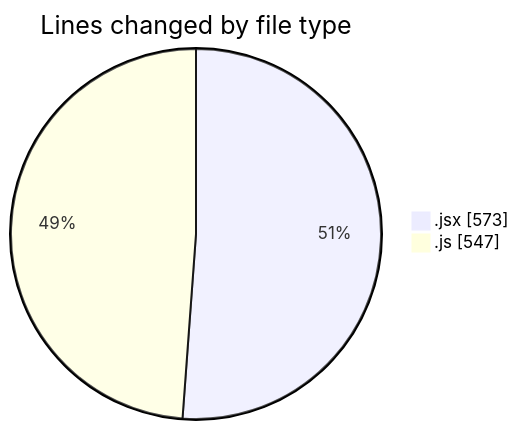
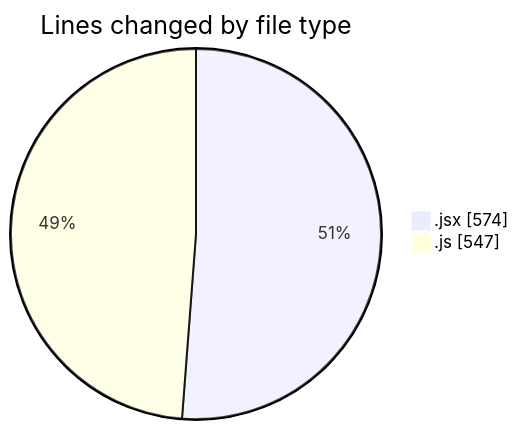
Before and after one commit to nxtqubesakshisongat/code-tracking: the first of 2 diagrams in 2025-06-05/nxtqube_webapp/README.md, drawn with Mermaid. The commit also changed other lines of this file and 1 other file, not shown here.

````diff
--- a/2025-06-05/nxtqube_webapp/README.md
+++ b/2025-06-05/nxtqube_webapp/README.md
@@ -27,6 +27,6 @@
 ```mermaid
 pie showData
 title Lines changed by file type
-".jsx" : 573
+".jsx" : 574
 ".js" : 547
 ```
````
